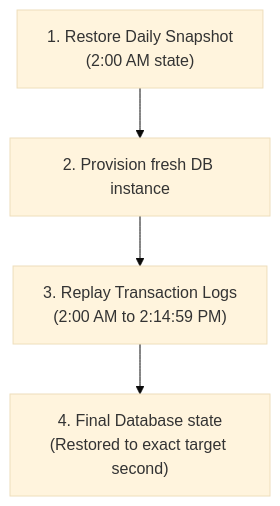
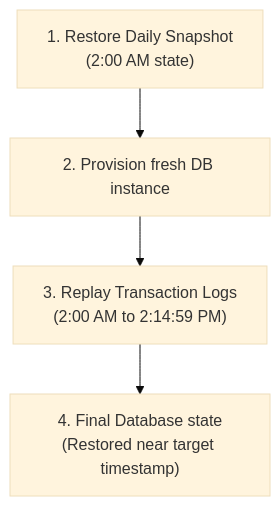
The diagram in cloud-providers/aws/storage-databases/06-backups-disaster-recovery.md (senlinyy/dev-roadmaps), drawn with Mermaid (base theme) before and after one commit. The commit also changed other lines of this file and 530 other files, not shown here.

````diff
--- a/cloud-providers/aws/storage-databases/06-backups-disaster-recovery.md
+++ b/cloud-providers/aws/storage-databases/06-backups-disaster-recovery.md
@@ -74,6 +74,6 @@
 ```mermaid
 flowchart TD
     Snapshot["1. Restore Daily Snapshot<br/>(2:00 AM state)"] --> Provision["2. Provision fresh DB instance"]
     Provision --> Replay["3. Replay Transaction Logs<br/>(2:00 AM to 2:14:59 PM)"]
-    Replay --> Target["4. Final Database state<br/>(Restored to exact target second)"]
+    Replay --> Target["4. Final Database state<br/>(Restored near target timestamp)"]
 ```
````
